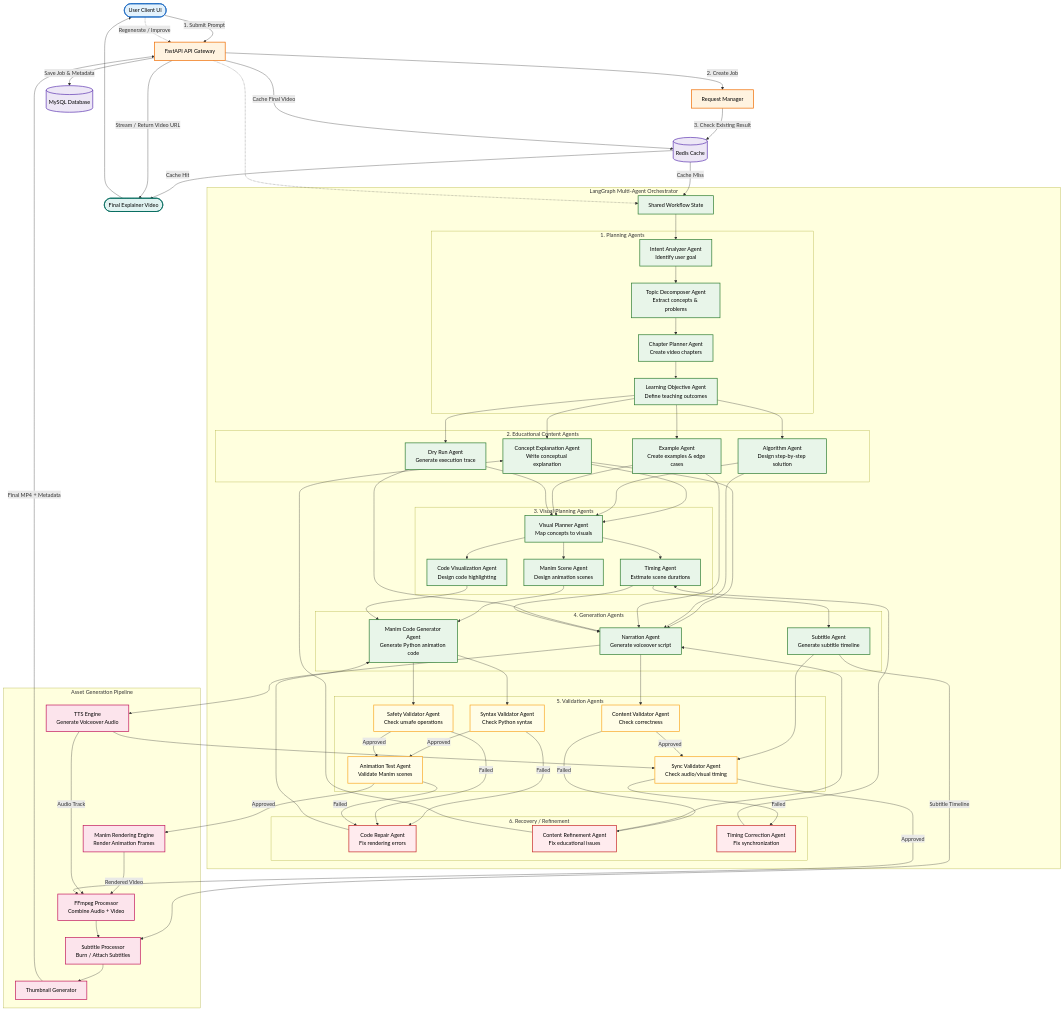
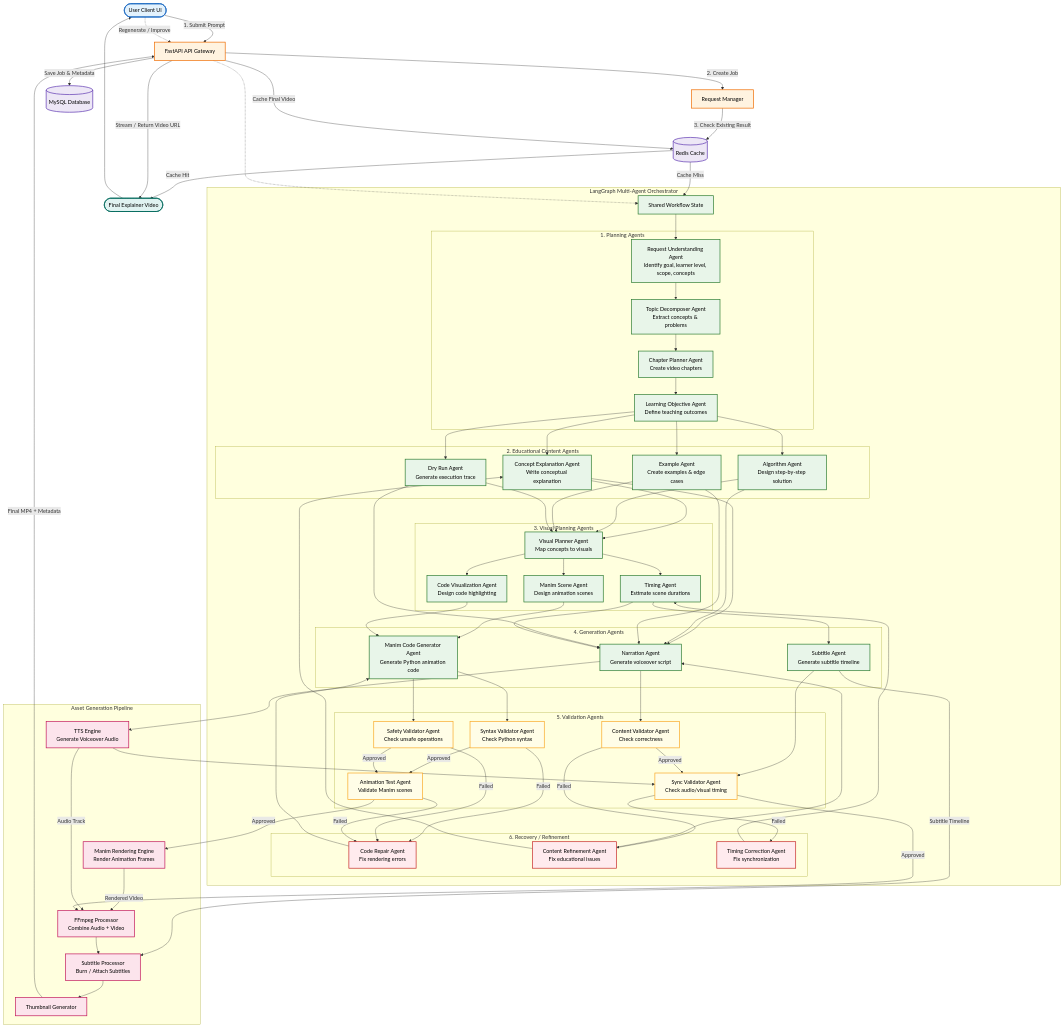
The diagram in README.md (Dhruv-D-Bhrasadiya/didactics), drawn with Mermaid before and after one commit. The commit also changed other lines of this file and 22 other files, not shown here.

```diff
--- a/README.md
+++ b/README.md
@@ -66,7 +66,7 @@
         State["Shared Workflow State"]:::agent
 
         subgraph Planning["1. Planning Agents"]
-            Intent[Intent Analyzer Agent<br/>Identify user goal]:::agent
+            Intent[Request Understanding Agent<br/>Identify goal, learner level, scope, concepts]:::agent
             Topic[Topic Decomposer Agent<br/>Extract concepts & problems]:::agent
             Structure[Chapter Planner Agent<br/>Create video chapters]:::agent
             Learning[Learning Objective Agent<br/>Define teaching outcomes]:::agent
```
